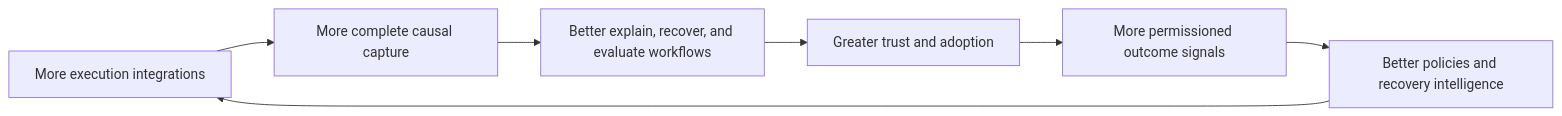
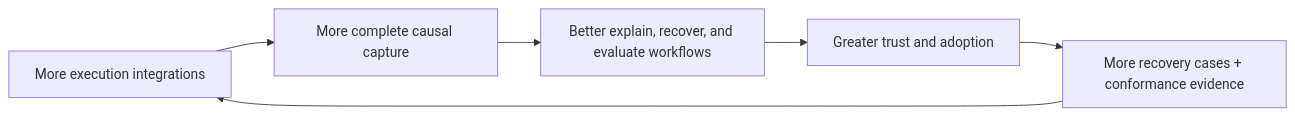
The second of 2 diagrams in docs/01-moat.md (surrealdb-dev/surrealfs), drawn with Mermaid before and after one commit. The commit also changed other lines of this file and 23 other files, not shown here.

````diff
--- a/docs/01-moat.md
+++ b/docs/01-moat.md
@@ -142,9 +145,8 @@
 ```mermaid
 flowchart LR
     I["More execution integrations"] --> C["More complete causal capture"]
     C --> W["Better explain, recover, and evaluate workflows"]
     W --> T["Greater trust and adoption"]
-    T --> O["More permissioned outcome signals"]
-    O --> P["Better policies and recovery intelligence"]
+    T --> P["More recovery cases + conformance evidence"]
     P --> I
 ```
````
